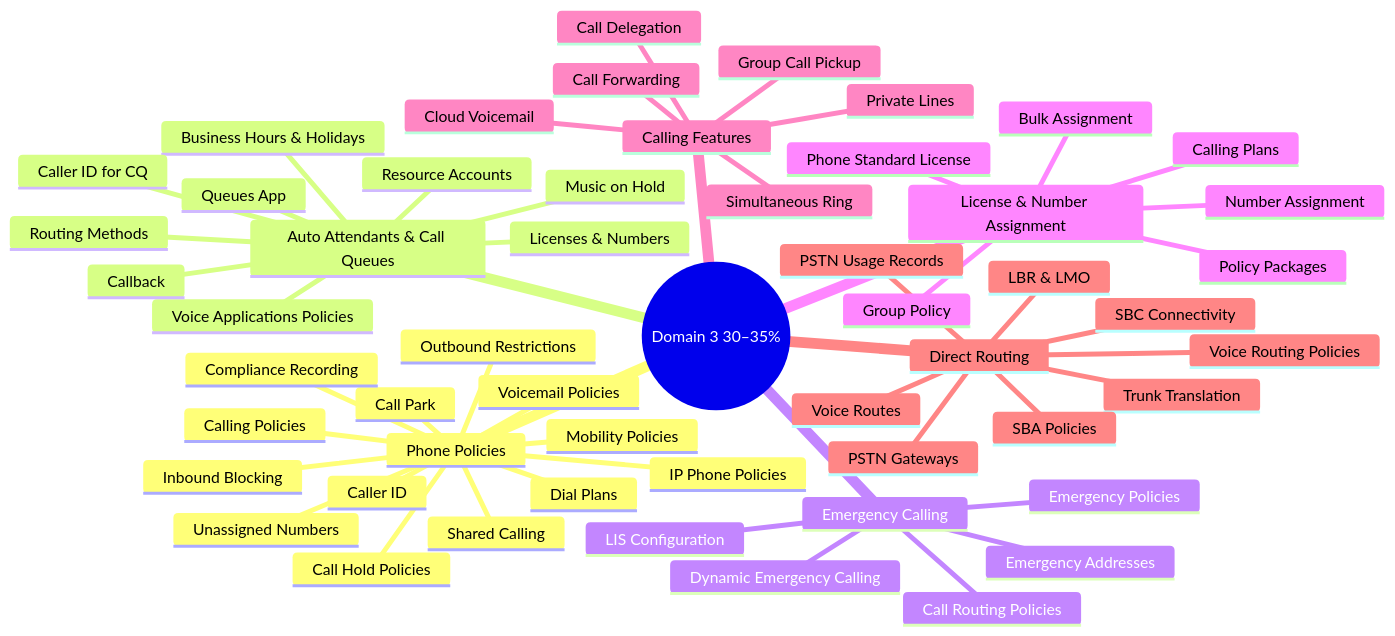
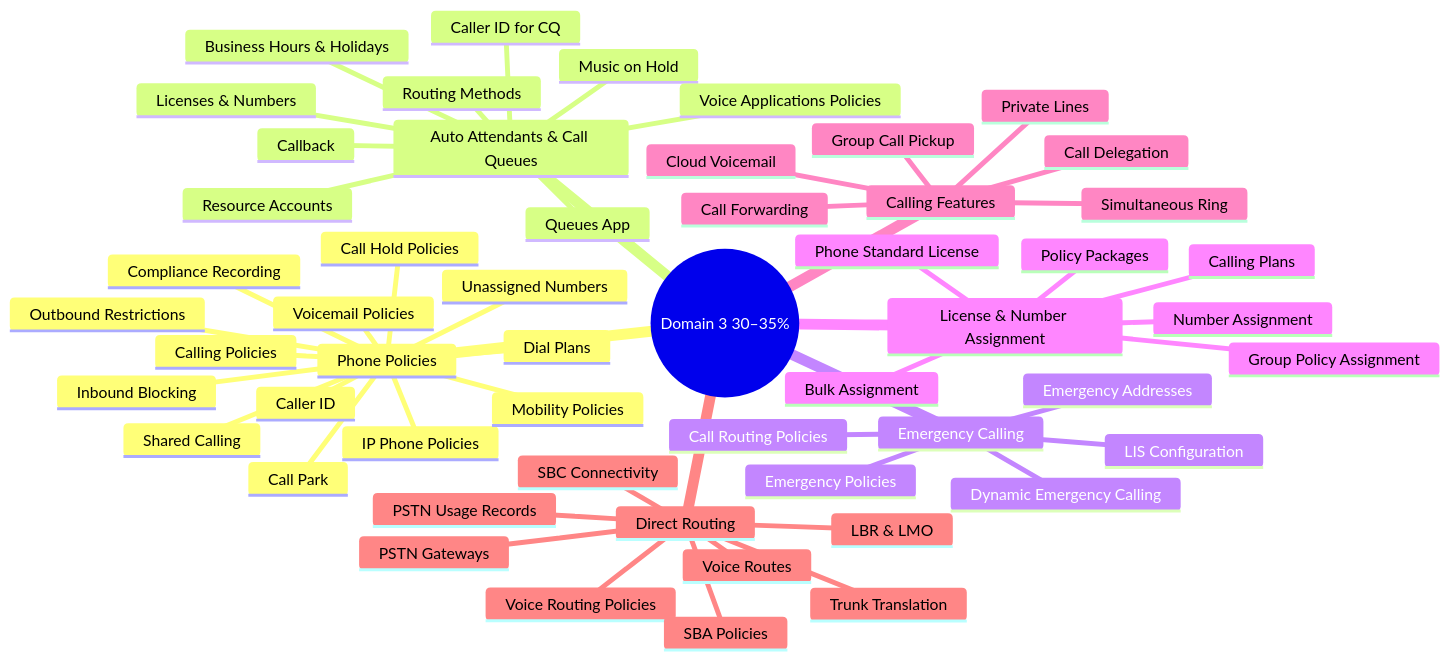
The first of 6 diagrams in 03-teams-phone.md (marcogrimaldi29/ms-721-study-notes), drawn with Mermaid before and after one commit. The commit also changed other lines of this file and 6 other files, not shown here.

````diff
--- a/03-teams-phone.md
+++ b/03-teams-phone.md
@@ -18,57 +18,57 @@
 ```mermaid
 mindmap
   root((Domain 3 30–35%))
     Phone Policies
       Dial Plans
       Calling Policies
       Call Park
       Caller ID
       IP Phone Policies
       Mobility Policies
       Voicemail Policies
       Call Hold Policies
       Outbound Restrictions
       Inbound Blocking
       Unassigned Numbers
       Compliance Recording
       Shared Calling
     Auto Attendants & Call Queues
       Resource Accounts
       Licenses & Numbers
       Routing Methods
       Business Hours & Holidays
       Music on Hold
       Caller ID for CQ
       Voice Applications Policies
       Callback
       Queues App
     Emergency Calling
       Emergency Addresses
       Call Routing Policies
       Emergency Policies
       LIS Configuration
       Dynamic Emergency Calling
     License & Number Assignment
       Phone Standard License
       Calling Plans
       Number Assignment
       Bulk Assignment
       Policy Packages
-      Group Policy
+      Group Policy Assignment
     Calling Features
       Cloud Voicemail
       Group Call Pickup
       Call Forwarding
       Simultaneous Ring
       Call Delegation
       Private Lines
     Direct Routing
       SBC Connectivity
       PSTN Gateways
       PSTN Usage Records
       Voice Routes
       Voice Routing Policies
       LBR & LMO
       Trunk Translation
       SBA Policies
 ```
````
